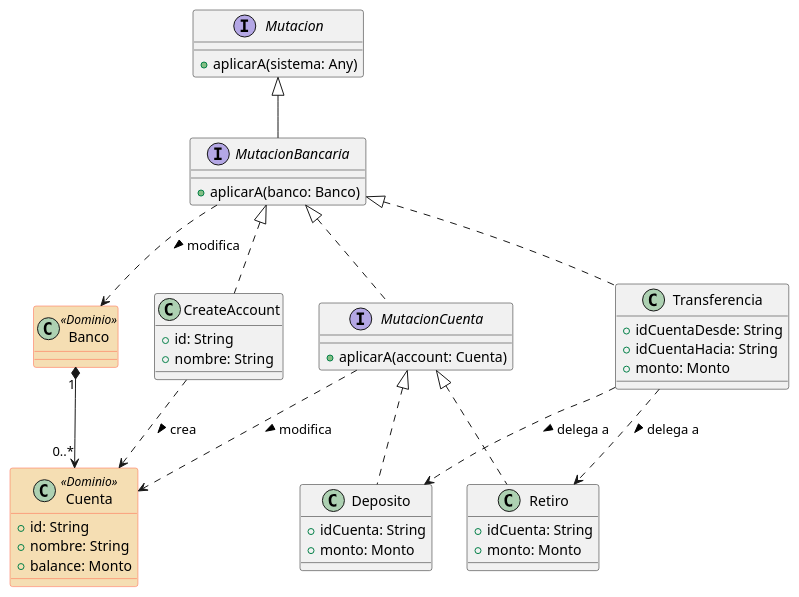
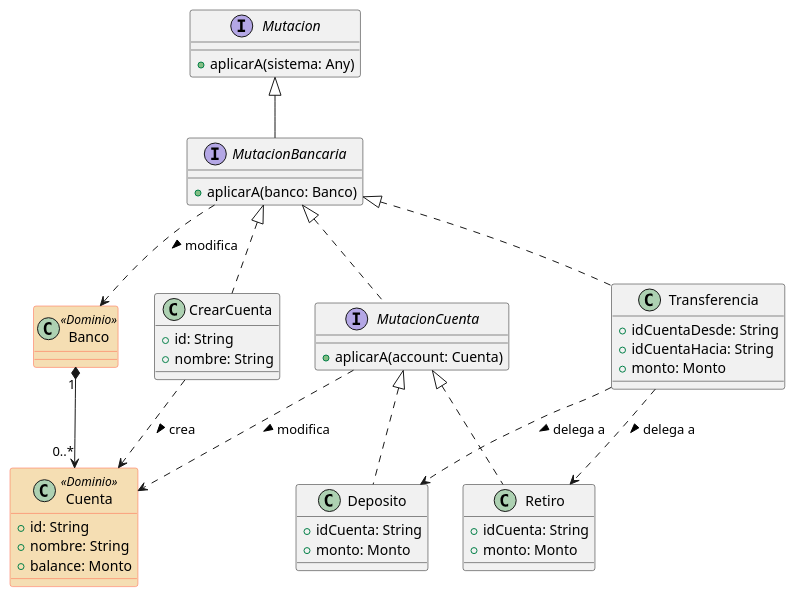
One commit to xrrocha/jvm-funcional changed the diagram in kotlin-memimg/docs/banco.puml. Above: the diagram before and after it, drawn with PlantUML.

Commit message:
Corrección de nombre de clase

```diff
--- a/kotlin-memimg/docs/banco.puml
+++ b/kotlin-memimg/docs/banco.puml
@@ -1,60 +1,60 @@
 @startuml
 skinparam class {
     BackgroundColor<<Dominio>> Wheat
     BorderColor<<Dominio>> Tomato
 }
 
 interface Mutacion {
     + aplicarA(sistema: Any)
 }
 
 together {
     class Banco <<Dominio>> {
     }
     class Cuenta <<Dominio>> {
         + id: String
         + nombre: String
         + balance: Monto
     }
     Banco "1" *--> "0..*" Cuenta
 }
 
     interface MutacionBancaria {
         + aplicarA(banco: Banco)
     }
     Mutacion <|-- MutacionBancaria
     MutacionBancaria ..> Banco: modifica >
 
-class CreateAccount {
+class CrearCuenta {
     + id: String
     + nombre: String
 }
-MutacionBancaria <|.. CreateAccount
-CreateAccount ..> Cuenta: crea >
+MutacionBancaria <|.. CrearCuenta
+CrearCuenta ..> Cuenta: crea >
 
 together {
     interface MutacionCuenta {
         + aplicarA(account: Cuenta)
     }
     MutacionBancaria <|.. MutacionCuenta
     MutacionCuenta ..> Cuenta: modifica >
     class Deposito implements MutacionCuenta {
         + idCuenta: String
         + monto: Monto
     }
 
     class Retiro implements MutacionCuenta {
         + idCuenta: String
         + monto: Monto
     }
 }
 
 class Transferencia implements MutacionBancaria {
     + idCuentaDesde: String
     + idCuentaHacia: String
     + monto: Monto
 }
 Transferencia ..> Deposito: delega a >
 Transferencia ..> Retiro: delega a >
 
 @enduml
```
